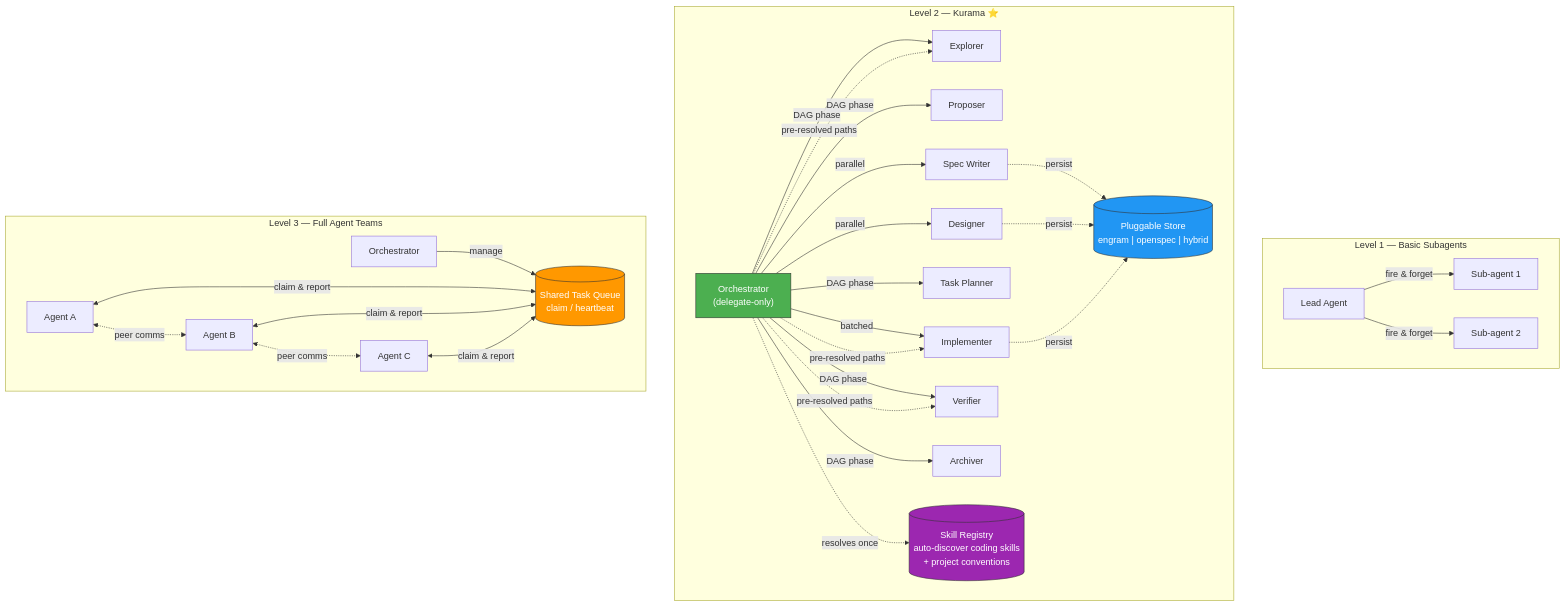
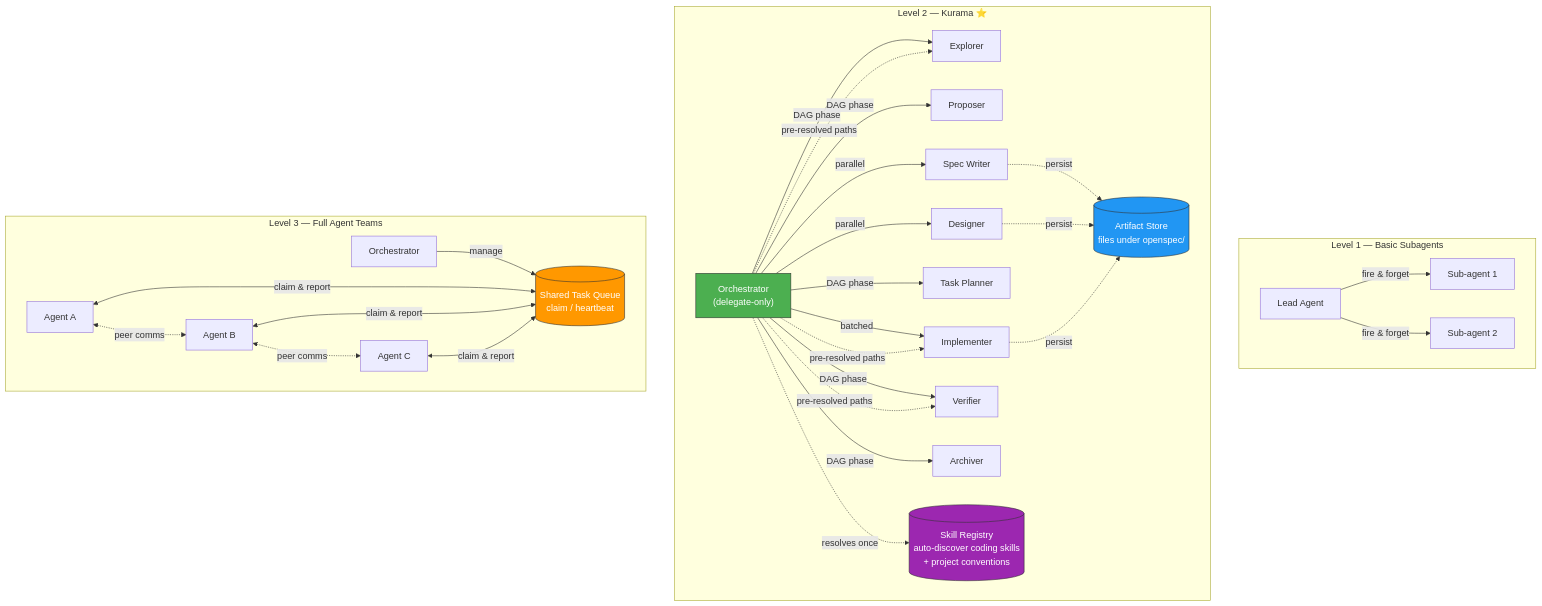
Before and after one commit to myst4/kurama: the diagram in docs/architecture.md, drawn with Mermaid. The commit also changed other lines of this file and 10 other files, not shown here.

````diff
--- a/docs/architecture.md
+++ b/docs/architecture.md
@@ -11,61 +11,61 @@
 ```mermaid
 graph TB
     subgraph "Level 1 — Basic Subagents"
         L1_Lead["Lead Agent"]
         L1_Sub1["Sub-agent 1"]
         L1_Sub2["Sub-agent 2"]
         L1_Lead -->|"fire & forget"| L1_Sub1
         L1_Lead -->|"fire & forget"| L1_Sub2
     end
 
     subgraph "Level 2 — Kurama ⭐"
         L2_Orch["Orchestrator<br/>(delegate-only)"]
         L2_Explore["Explorer"]
         L2_Propose["Proposer"]
         L2_Spec["Spec Writer"]
         L2_Design["Designer"]
         L2_Tasks["Task Planner"]
         L2_Apply["Implementer"]
         L2_Verify["Verifier"]
         L2_Archive["Archiver"]
 
         L2_Orch -->|"DAG phase"| L2_Explore
         L2_Orch -->|"DAG phase"| L2_Propose
         L2_Orch -->|"parallel"| L2_Spec
         L2_Orch -->|"parallel"| L2_Design
         L2_Orch -->|"DAG phase"| L2_Tasks
         L2_Orch -->|"batched"| L2_Apply
         L2_Orch -->|"DAG phase"| L2_Verify
         L2_Orch -->|"DAG phase"| L2_Archive
 
-        L2_Store[("Pluggable Store<br/>engram | openspec | hybrid")]
+        L2_Store[("Artifact Store<br/>files under openspec/")]
         L2_Registry[("Skill Registry<br/>auto-discover coding skills<br/>+ project conventions")]
         L2_Spec -.->|"persist"| L2_Store
         L2_Design -.->|"persist"| L2_Store
         L2_Apply -.->|"persist"| L2_Store
         L2_Orch -.->|"resolves once"| L2_Registry
         L2_Orch -.->|"pre-resolved paths"| L2_Explore
         L2_Orch -.->|"pre-resolved paths"| L2_Apply
         L2_Orch -.->|"pre-resolved paths"| L2_Verify
     end
 
     subgraph "Level 3 — Full Agent Teams"
         L3_Orch["Orchestrator"]
         L3_A1["Agent A"]
         L3_A2["Agent B"]
         L3_A3["Agent C"]
         L3_Queue[("Shared Task Queue<br/>claim / heartbeat")]
 
         L3_Orch -->|"manage"| L3_Queue
         L3_A1 <-->|"claim & report"| L3_Queue
         L3_A2 <-->|"claim & report"| L3_Queue
         L3_A3 <-->|"claim & report"| L3_Queue
         L3_A1 <-.->|"peer comms"| L3_A2
         L3_A2 <-.->|"peer comms"| L3_A3
     end
 
     style L2_Orch fill:#4CAF50,color:#fff,stroke:#333
     style L2_Store fill:#2196F3,color:#fff,stroke:#333
     style L2_Registry fill:#9C27B0,color:#fff,stroke:#333
     style L3_Queue fill:#FF9800,color:#fff,stroke:#333
 ```
````
